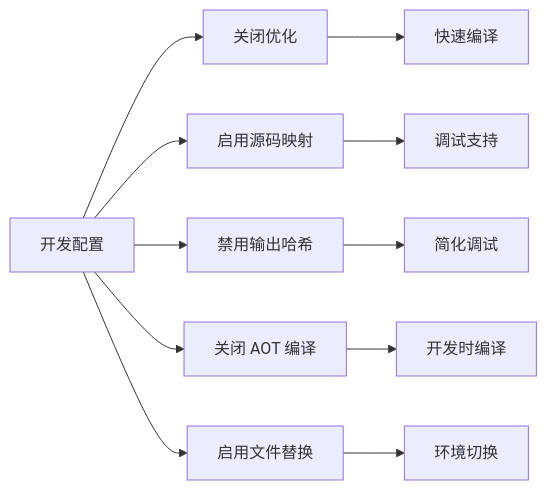
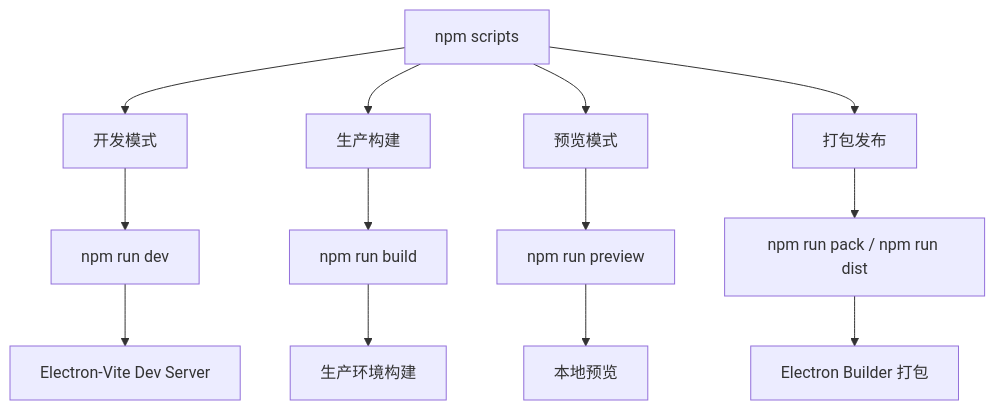
Before and after one commit to haolange/RDC-Agent: the second of 5 diagrams in .qoder/repowiki/zh/content/构建与打包/Angular 构建配置.md, drawn with Mermaid. The commit also changed other lines of this file and 3 other files, not shown here.

````diff
--- a/.qoder/repowiki/zh/content/构建与打包/Angular 构建配置.md
+++ b/.qoder/repowiki/zh/content/构建与打包/Angular 构建配置.md
@@ -295,13 +123,15 @@
 ```mermaid
-flowchart LR
-A[开发配置] --> B[关闭优化]
-A --> C[启用源码映射]
-A --> D[禁用输出哈希]
-A --> E[关闭 AOT 编译]
-A --> F[启用文件替换]
-B --> G[快速编译]
-C --> H[调试支持]
-D --> I[简化调试]
-E --> J[开发时编译]
-F --> K[环境切换]
+flowchart TD
+A[npm scripts] --> B[开发模式]
+A --> C[生产构建]
+A --> D[预览模式]
+A --> E[打包发布]
+B --> F["npm run dev"]
+C --> G["npm run build"]
+D --> H["npm run preview"]
+E --> I["npm run pack / npm run dist"]
+F --> J[Electron-Vite Dev Server]
+G --> K[生产环境构建]
+H --> L[本地预览]
+I --> M[Electron Builder 打包]
 ```
````
